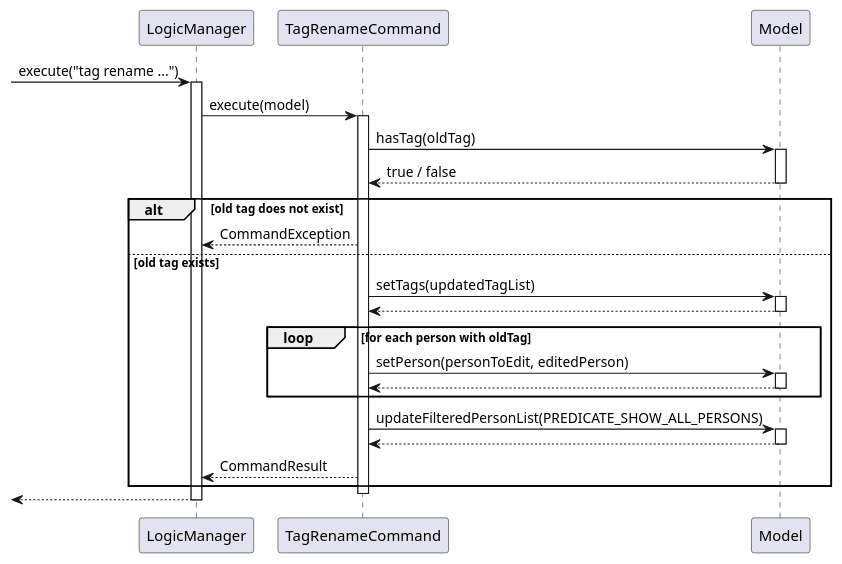
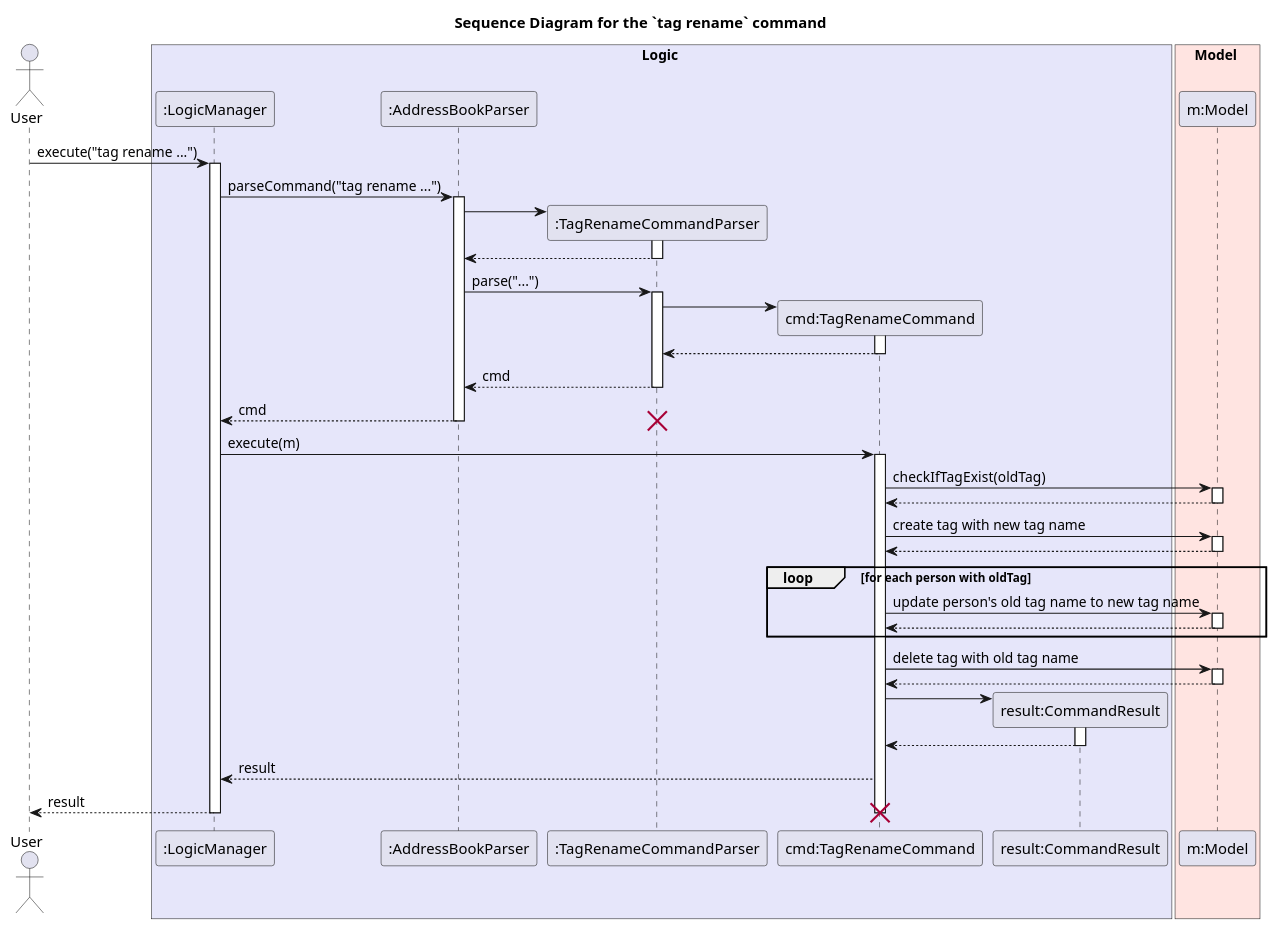
Before and after one commit to AY2526S2-CS2103-T11-1/tp: the diagram in diagrams/tag/TagRenameSequenceDiagram.puml, drawn with PlantUML. The commit also changed 43 other files, not shown here.

```diff
--- a/diagrams/tag/TagRenameSequenceDiagram.puml
+++ b/diagrams/tag/TagRenameSequenceDiagram.puml
@@ -1,43 +1,85 @@
 @startuml
-participant "LogicManager" as LogicManager
-participant "TagRenameCommand" as TagRenameCommand
-participant "Model" as Model
+title Sequence Diagram for the `tag rename` command
 
--> LogicManager : execute("tag rename ...")
-activate LogicManager
+actor User
 
-LogicManager -> TagRenameCommand : execute(model)
-activate TagRenameCommand
+box Logic #E6E6FA
+participant ":LogicManager" as Logic
+participant ":AddressBookParser" as ABParser
+participant ":TagRenameCommandParser" as Parser
+participant "cmd:TagRenameCommand" as Command
+participant "result:CommandResult" as Result
+end box
 
-TagRenameCommand -> Model : hasTag(oldTag)
+box Model #FFE4E1
+participant "m:Model" as Model
+end box
+
+User -> Logic : execute("tag rename ...")
+activate Logic
+
+Logic -> ABParser : parseCommand("tag rename ...")
+activate ABParser
+
+create Parser
+ABParser -> Parser
+activate Parser
+
+ABParser <-- Parser
+deactivate Parser
+
+ABParser -> Parser : parse("...")
+activate Parser
+
+create Command
+Parser -> Command
+activate Command
+
+Parser <-- Command
+deactivate Command
+
+ABParser <-- Parser : cmd
+deactivate Parser
+
+Logic <-- ABParser : cmd
+destroy Parser
+deactivate ABParser
+
+Logic -> Command : execute(m)
+activate Command
+
+Command -> Model : checkIfTagExist(oldTag)
 activate Model
-Model --> TagRenameCommand : true / false
+Model --> Command
 deactivate Model
 
-alt old tag does not exist
-    TagRenameCommand --> LogicManager : CommandException
-else old tag exists
-    TagRenameCommand -> Model : setTags(updatedTagList)
+Command -> Model : create tag with new tag name
+activate Model
+Model --> Command
+deactivate Model
+
+loop for each person with oldTag
+    Command -> Model : update person's old tag name to new tag name
     activate Model
-    Model --> TagRenameCommand
+    Model --> Command
     deactivate Model
-
-    loop for each person with oldTag
-        TagRenameCommand -> Model : setPerson(personToEdit, editedPerson)
-        activate Model
-        Model --> TagRenameCommand
-        deactivate Model
-    end
-
-    TagRenameCommand -> Model : updateFilteredPersonList(PREDICATE_SHOW_ALL_PERSONS)
-    activate Model
-    Model --> TagRenameCommand
-    deactivate Model
-
-    TagRenameCommand --> LogicManager : CommandResult
 end
 
-deactivate TagRenameCommand
-<-- LogicManager
-deactivate LogicManager
+Command -> Model : delete tag with old tag name
+activate Model
+Model --> Command
+deactivate Model
+
+create Result
+Command -> Result
+activate Result
+Result --> Command
+deactivate Result
+
+Logic <-- Command : result
+
+User <-- Logic : result
+destroy Command
+deactivate Logic
+
 @enduml
```
